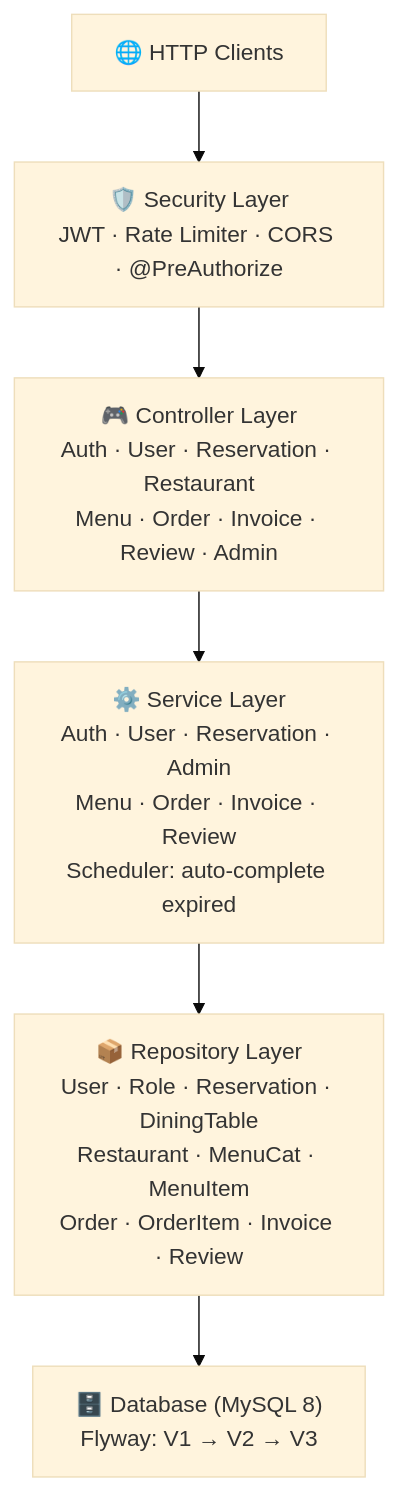
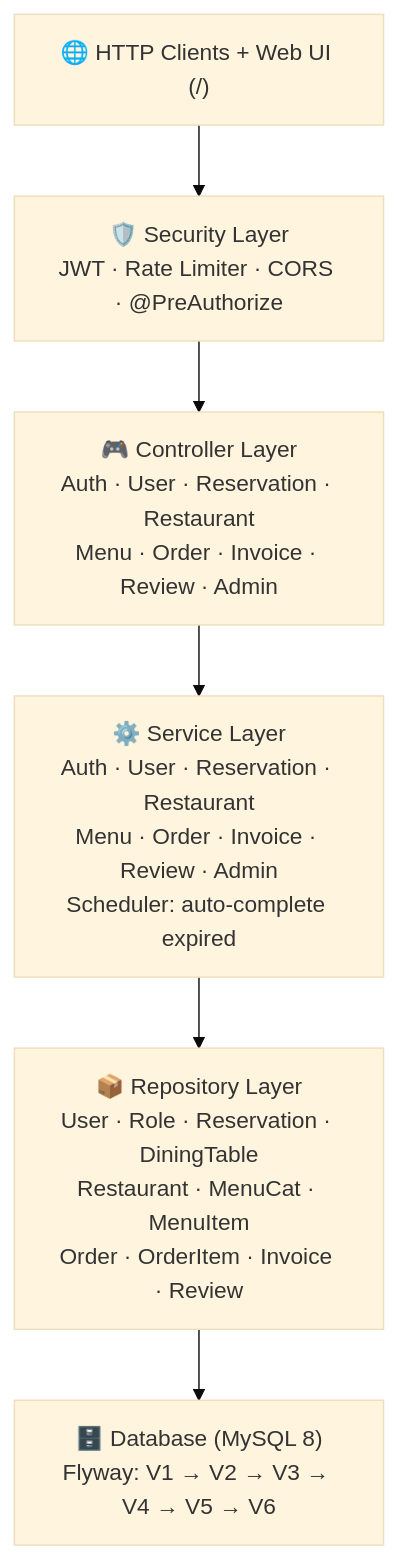
One commit to MahmoudYoussef-web/restaurant-reservation-system changed the diagram in README.md. Above: the diagram before and after it, drawn with Mermaid (base theme). The commit also changed other lines of this file, not shown here.

First line of the commit message:
docs: complete backend README with live screenshots and API playbook

````diff
--- a/README.md
+++ b/README.md
@@ -21,15 +124,15 @@
 ```mermaid
 flowchart TB
-    Client["🌐 HTTP Clients"]
+    Client["🌐 HTTP Clients + Web UI (/)"]
     Security["🛡️ Security Layer<br/>JWT · Rate Limiter · CORS · @PreAuthorize"]
     Controller["🎮 Controller Layer<br/>Auth · User · Reservation · Restaurant<br/>Menu · Order · Invoice · Review · Admin"]
-    Service["⚙️ Service Layer<br/>Auth · User · Reservation · Admin<br/>Menu · Order · Invoice · Review<br/>Scheduler: auto-complete expired"]
+    Service["⚙️ Service Layer<br/>Auth · User · Reservation · Restaurant<br/>Menu · Order · Invoice · Review · Admin<br/>Scheduler: auto-complete expired"]
     Repo["📦 Repository Layer<br/>User · Role · Reservation · DiningTable<br/>Restaurant · MenuCat · MenuItem<br/>Order · OrderItem · Invoice · Review"]
-    DB["🗄️ Database (MySQL 8)<br/>Flyway: V1 → V2 → V3"]
+    DB["🗄️ Database (MySQL 8)<br/>Flyway: V1 → V2 → V3 → V4 → V5 → V6"]
 
     Client --> Security
     Security --> Controller
     Controller --> Service
     Service --> Repo
     Repo --> DB
 ```
````
